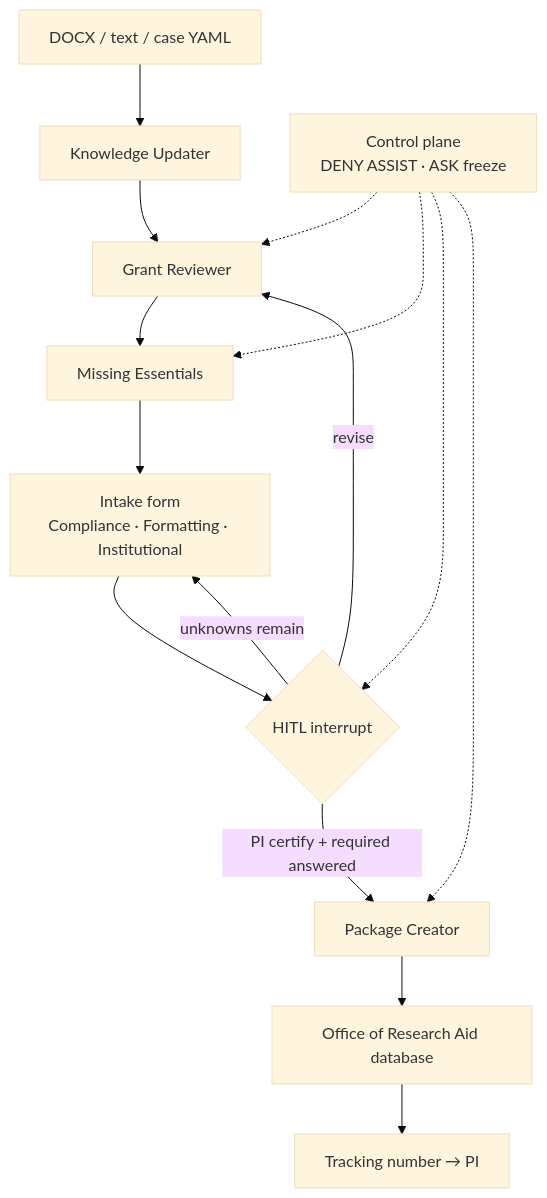
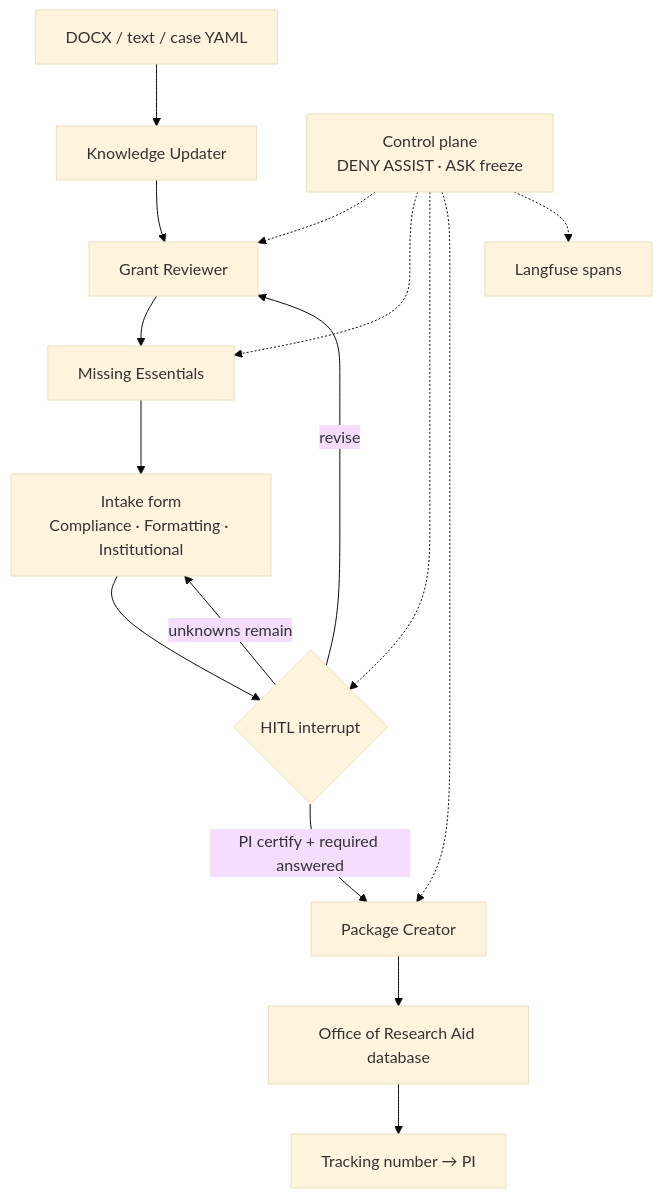
Before and after one commit to YPCC/grant-agent-lab: the third of 6 diagrams in docs/architecture.md, drawn with Mermaid (base theme). The commit also changed other lines of this file and 9 other files, not shown here.

````diff
--- a/docs/architecture.md
+++ b/docs/architecture.md
@@ -110,20 +115,21 @@
 ```mermaid
 flowchart TD
   IN[DOCX / text / case YAML] --> KU[Knowledge Updater]
   KU --> RV[Grant Reviewer]
   RV --> ME[Missing Essentials]
   ME --> IF[Intake form<br/>Compliance · Formatting · Institutional]
   IF --> HITL{HITL interrupt}
 
   HITL -->|revise| RV
   HITL -->|PI certify + required answered| PK[Package Creator]
   HITL -->|unknowns remain| IF
 
   PK --> ODB[Office of Research Aid database]
   ODB --> TRACK[Tracking number → PI]
 
   CP[Control plane<br/>DENY ASSIST · ASK freeze] -.-> RV
   CP -.-> ME
   CP -.-> HITL
   CP -.-> PK
+  CP -.-> LF[Langfuse spans]
 ```
````
